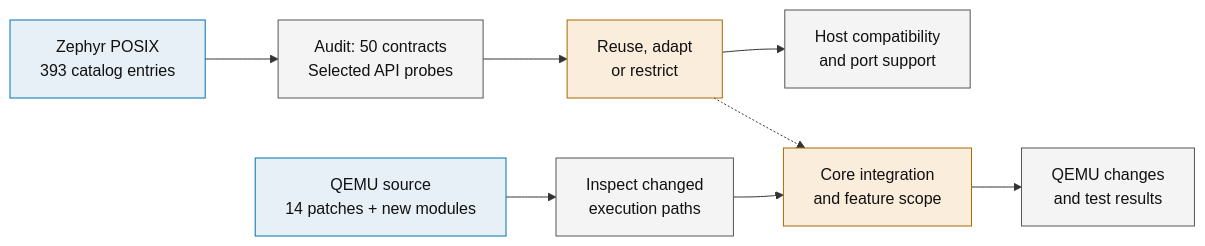
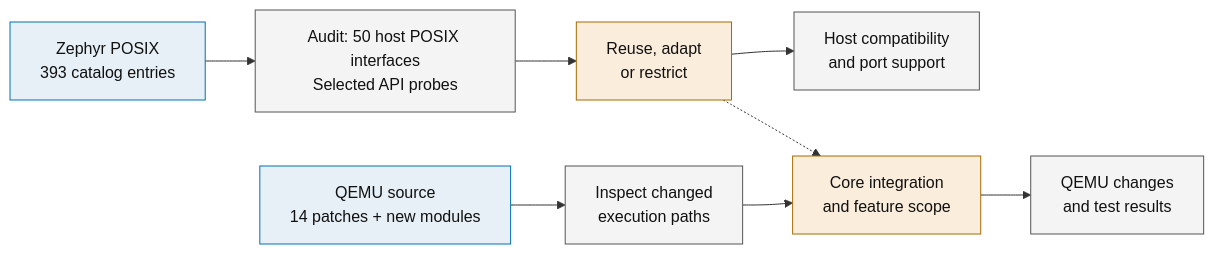
One commit to processmission/qemu-on-zephyr changed the diagram in docs/figures/posix-porting-flow.mmd. Above: the diagram before and after it, drawn with Mermaid. The commit also changed 9 other files, not shown here.

```diff
--- a/docs/figures/posix-porting-flow.mmd
+++ b/docs/figures/posix-porting-flow.mmd
@@ -1,16 +1,16 @@
 %% The paper evaluates host compatibility and QEMU implementation changes.
 flowchart LR
-    A["Zephyr POSIX<br/>393 catalog entries"] --> B["Audit: 50 contracts<br/>Selected API probes"]
+    A["Zephyr POSIX<br/>393 catalog entries"] --> B["Audit: 50 host POSIX interfaces<br/>Selected API probes"]
     B --> C["Reuse, adapt<br/>or restrict"]
     C --> D["Host compatibility<br/>and port support"]
     E["QEMU source<br/>14 patches + new modules"] --> F["Inspect changed<br/>execution paths"]
     F --> G["Core integration<br/>and feature scope"]
     G --> H["QEMU changes<br/>and test results"]
     C -.-> G
     classDef input fill:#e7f0f7,stroke:#0072B2,color:#111111;
     classDef work fill:#f4f4f4,stroke:#555555,color:#111111;
     classDef decision fill:#fbeddc,stroke:#A56B00,color:#111111;
     class A,E input;
     class B,F work;
     class C,G decision;
     class D,H work;
```
